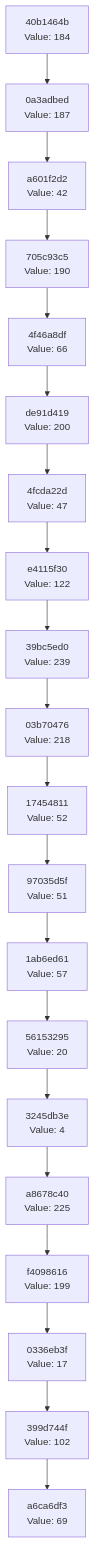
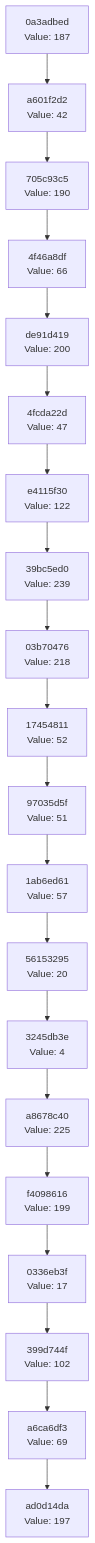
One commit to Abhisheksinha1506/hash-chain-evolver changed the diagram in docs/CHAIN_VISUALIZATION.md. Above: the diagram before and after it, drawn with Mermaid. The commit also changed 2 other files, not shown here.

Commit message:
Evolution Step

````diff
--- a/docs/CHAIN_VISUALIZATION.md
+++ b/docs/CHAIN_VISUALIZATION.md
@@ -3,42 +3,42 @@
 ```mermaid
 graph TD
-    C0["a6ca6df3<br/>Value: 69"]
-    C1["399d744f<br/>Value: 102"]
+    C0["ad0d14da<br/>Value: 197"]
+    C1["a6ca6df3<br/>Value: 69"]
     C1 --> C0
-    C2["0336eb3f<br/>Value: 17"]
+    C2["399d744f<br/>Value: 102"]
     C2 --> C1
-    C3["f4098616<br/>Value: 199"]
+    C3["0336eb3f<br/>Value: 17"]
     C3 --> C2
-    C4["a8678c40<br/>Value: 225"]
+    C4["f4098616<br/>Value: 199"]
     C4 --> C3
-    C5["3245db3e<br/>Value: 4"]
+    C5["a8678c40<br/>Value: 225"]
     C5 --> C4
-    C6["56153295<br/>Value: 20"]
+    C6["3245db3e<br/>Value: 4"]
     C6 --> C5
-    C7["1ab6ed61<br/>Value: 57"]
+    C7["56153295<br/>Value: 20"]
     C7 --> C6
-    C8["97035d5f<br/>Value: 51"]
+    C8["1ab6ed61<br/>Value: 57"]
     C8 --> C7
-    C9["17454811<br/>Value: 52"]
+    C9["97035d5f<br/>Value: 51"]
     C9 --> C8
-    C10["03b70476<br/>Value: 218"]
+    C10["17454811<br/>Value: 52"]
     C10 --> C9
-    C11["39bc5ed0<br/>Value: 239"]
+    C11["03b70476<br/>Value: 218"]
     C11 --> C10
-    C12["e4115f30<br/>Value: 122"]
+    C12["39bc5ed0<br/>Value: 239"]
     C12 --> C11
-    C13["4fcda22d<br/>Value: 47"]
+    C13["e4115f30<br/>Value: 122"]
     C13 --> C12
-    C14["de91d419<br/>Value: 200"]
+    C14["4fcda22d<br/>Value: 47"]
     C14 --> C13
-    C15["4f46a8df<br/>Value: 66"]
+    C15["de91d419<br/>Value: 200"]
     C15 --> C14
-    C16["705c93c5<br/>Value: 190"]
+    C16["4f46a8df<br/>Value: 66"]
     C16 --> C15
-    C17["a601f2d2<br/>Value: 42"]
+    C17["705c93c5<br/>Value: 190"]
     C17 --> C16
-    C18["0a3adbed<br/>Value: 187"]
+    C18["a601f2d2<br/>Value: 42"]
     C18 --> C17
-    C19["40b1464b<br/>Value: 184"]
+    C19["0a3adbed<br/>Value: 187"]
     C19 --> C18
 ```
````
